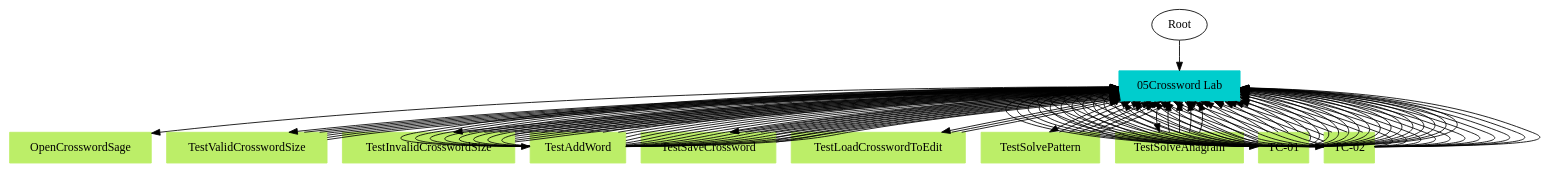
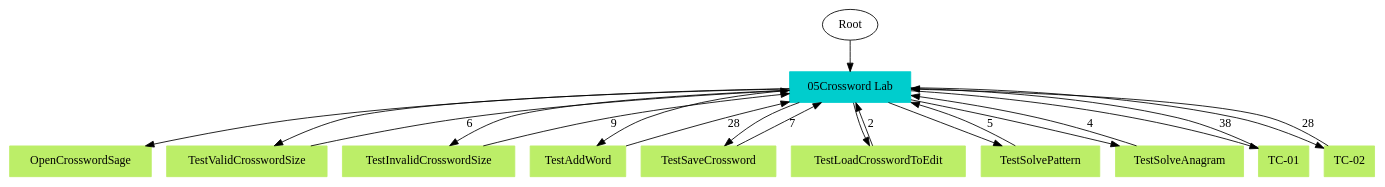
Before and after one commit to mypstom/robotide: the diagram in TS2TC.gv, drawn with Graphviz. The commit also changed 5 other files, not shown here.

```diff
--- a/TS2TC.gv
+++ b/TS2TC.gv
@@ -1,153 +1,35 @@
 // TS <-> TC
 digraph {
 	Root
 	"05Crossword Lab" [color=cyan3 shape=box style=filled]
 		Root -> "05Crossword Lab"
 	OpenCrosswordSage [color=darkolivegreen2 shape=box style=filled]
 		"05Crossword Lab" -> OpenCrosswordSage
 	TestValidCrosswordSize [color=darkolivegreen2 shape=box style=filled]
 		"05Crossword Lab" -> TestValidCrosswordSize
-		TestValidCrosswordSize -> "05Crossword Lab"
-		TestValidCrosswordSize -> "05Crossword Lab"
-		TestValidCrosswordSize -> "05Crossword Lab"
-		TestValidCrosswordSize -> "05Crossword Lab"
-		TestValidCrosswordSize -> "05Crossword Lab"
-		TestValidCrosswordSize -> "05Crossword Lab"
 	TestInvalidCrosswordSize [color=darkolivegreen2 shape=box style=filled]
 		"05Crossword Lab" -> TestInvalidCrosswordSize
-		TestInvalidCrosswordSize -> "05Crossword Lab"
-		TestInvalidCrosswordSize -> "05Crossword Lab"
-		TestInvalidCrosswordSize -> "05Crossword Lab"
-		TestInvalidCrosswordSize -> "05Crossword Lab"
-		TestInvalidCrosswordSize -> "05Crossword Lab"
-		TestInvalidCrosswordSize -> "05Crossword Lab"
-		TestInvalidCrosswordSize -> "05Crossword Lab"
-		TestInvalidCrosswordSize -> "05Crossword Lab"
-		TestInvalidCrosswordSize -> "05Crossword Lab"
 	TestAddWord [color=darkolivegreen2 shape=box style=filled]
 		"05Crossword Lab" -> TestAddWord
-		TestAddWord -> "05Crossword Lab"
-		TestAddWord -> "05Crossword Lab"
-		TestAddWord -> "05Crossword Lab"
-		TestAddWord -> "05Crossword Lab"
-		TestAddWord -> "05Crossword Lab"
-		TestAddWord -> "05Crossword Lab"
-		TestAddWord -> "05Crossword Lab"
-		TestAddWord -> "05Crossword Lab"
-		TestAddWord -> "05Crossword Lab"
-		TestAddWord -> "05Crossword Lab"
-		TestAddWord -> "05Crossword Lab"
-		TestAddWord -> "05Crossword Lab"
-		TestAddWord -> "05Crossword Lab"
-		TestAddWord -> "05Crossword Lab"
-		TestAddWord -> "05Crossword Lab"
-		TestAddWord -> "05Crossword Lab"
-		TestAddWord -> "05Crossword Lab"
-		TestAddWord -> "05Crossword Lab"
-		TestAddWord -> "05Crossword Lab"
-		TestAddWord -> "05Crossword Lab"
-		TestAddWord -> "05Crossword Lab"
-		TestAddWord -> "05Crossword Lab"
-		TestAddWord -> "05Crossword Lab"
-		TestAddWord -> "05Crossword Lab"
-		TestAddWord -> "05Crossword Lab"
-		TestAddWord -> "05Crossword Lab"
-		TestAddWord -> "05Crossword Lab"
-		TestAddWord -> "05Crossword Lab"
 	TestSaveCrossword [color=darkolivegreen2 shape=box style=filled]
 		"05Crossword Lab" -> TestSaveCrossword
-		TestSaveCrossword -> "05Crossword Lab"
-		TestSaveCrossword -> "05Crossword Lab"
-		TestSaveCrossword -> "05Crossword Lab"
-		TestSaveCrossword -> "05Crossword Lab"
-		TestSaveCrossword -> "05Crossword Lab"
-		TestSaveCrossword -> "05Crossword Lab"
-		TestSaveCrossword -> "05Crossword Lab"
 	TestLoadCrosswordToEdit [color=darkolivegreen2 shape=box style=filled]
 		"05Crossword Lab" -> TestLoadCrosswordToEdit
-		TestLoadCrosswordToEdit -> "05Crossword Lab"
-		TestLoadCrosswordToEdit -> "05Crossword Lab"
 	TestSolvePattern [color=darkolivegreen2 shape=box style=filled]
 		"05Crossword Lab" -> TestSolvePattern
-		TestSolvePattern -> "05Crossword Lab"
-		TestSolvePattern -> "05Crossword Lab"
-		TestSolvePattern -> "05Crossword Lab"
-		TestSolvePattern -> "05Crossword Lab"
-		TestSolvePattern -> "05Crossword Lab"
 	TestSolveAnagram [color=darkolivegreen2 shape=box style=filled]
 		"05Crossword Lab" -> TestSolveAnagram
-		TestSolveAnagram -> "05Crossword Lab"
-		TestSolveAnagram -> "05Crossword Lab"
-		TestSolveAnagram -> "05Crossword Lab"
-		TestSolveAnagram -> "05Crossword Lab"
 	"TC-01" [color=darkolivegreen2 shape=box style=filled]
 		"05Crossword Lab" -> "TC-01"
-		"TC-01" -> "05Crossword Lab"
-		"TC-01" -> "05Crossword Lab"
-		"TC-01" -> "05Crossword Lab"
-		"TC-01" -> "05Crossword Lab"
-		"TC-01" -> "05Crossword Lab"
-		"TC-01" -> "05Crossword Lab"
-		"TC-01" -> "05Crossword Lab"
-		"TC-01" -> "05Crossword Lab"
-		"TC-01" -> "05Crossword Lab"
-		"TC-01" -> "05Crossword Lab"
-		"TC-01" -> "05Crossword Lab"
-		"TC-01" -> "05Crossword Lab"
-		"TC-01" -> "05Crossword Lab"
-		"TC-01" -> "05Crossword Lab"
-		"TC-01" -> "05Crossword Lab"
-		"TC-01" -> "05Crossword Lab"
-		"TC-01" -> "05Crossword Lab"
-		"TC-01" -> "05Crossword Lab"
-		"TC-01" -> "05Crossword Lab"
-		"TC-01" -> "05Crossword Lab"
-		"TC-01" -> "05Crossword Lab"
-		"TC-01" -> "05Crossword Lab"
-		"TC-01" -> "05Crossword Lab"
-		"TC-01" -> "05Crossword Lab"
-		"TC-01" -> "05Crossword Lab"
-		"TC-01" -> "05Crossword Lab"
-		"TC-01" -> "05Crossword Lab"
-		"TC-01" -> "05Crossword Lab"
-		"TC-01" -> "05Crossword Lab"
-		"TC-01" -> "05Crossword Lab"
-		"TC-01" -> "05Crossword Lab"
-		"TC-01" -> "05Crossword Lab"
-		"TC-01" -> "05Crossword Lab"
-		"TC-01" -> "05Crossword Lab"
-		"TC-01" -> "05Crossword Lab"
-		"TC-01" -> "05Crossword Lab"
-		"TC-01" -> "05Crossword Lab"
-		"TC-01" -> "05Crossword Lab"
 	"TC-02" [color=darkolivegreen2 shape=box style=filled]
 		"05Crossword Lab" -> "TC-02"
-		"TC-02" -> "05Crossword Lab"
-		"TC-02" -> "05Crossword Lab"
-		"TC-02" -> "05Crossword Lab"
-		"TC-02" -> "05Crossword Lab"
-		"TC-02" -> "05Crossword Lab"
-		"TC-02" -> "05Crossword Lab"
-		"TC-02" -> "05Crossword Lab"
-		"TC-02" -> "05Crossword Lab"
-		"TC-02" -> "05Crossword Lab"
-		"TC-02" -> "05Crossword Lab"
-		"TC-02" -> "05Crossword Lab"
-		"TC-02" -> "05Crossword Lab"
-		"TC-02" -> "05Crossword Lab"
-		"TC-02" -> "05Crossword Lab"
-		"TC-02" -> "05Crossword Lab"
-		"TC-02" -> "05Crossword Lab"
-		"TC-02" -> "05Crossword Lab"
-		"TC-02" -> "05Crossword Lab"
-		"TC-02" -> "05Crossword Lab"
-		"TC-02" -> "05Crossword Lab"
-		"TC-02" -> "05Crossword Lab"
-		"TC-02" -> "05Crossword Lab"
-		"TC-02" -> "05Crossword Lab"
-		"TC-02" -> "05Crossword Lab"
-		"TC-02" -> "05Crossword Lab"
-		"TC-02" -> "05Crossword Lab"
-		"TC-02" -> "05Crossword Lab"
-		"TC-02" -> "05Crossword Lab"
+		TestSolveAnagram -> "05Crossword Lab" [label=4]
+		TestInvalidCrosswordSize -> "05Crossword Lab" [label=9]
+		TestSaveCrossword -> "05Crossword Lab" [label=7]
+		TestValidCrosswordSize -> "05Crossword Lab" [label=6]
+		TestLoadCrosswordToEdit -> "05Crossword Lab" [label=2]
+		"TC-01" -> "05Crossword Lab" [label=38]
+		TestAddWord -> "05Crossword Lab" [label=28]
+		"TC-02" -> "05Crossword Lab" [label=28]
+		TestSolvePattern -> "05Crossword Lab" [label=5]
 }
```
